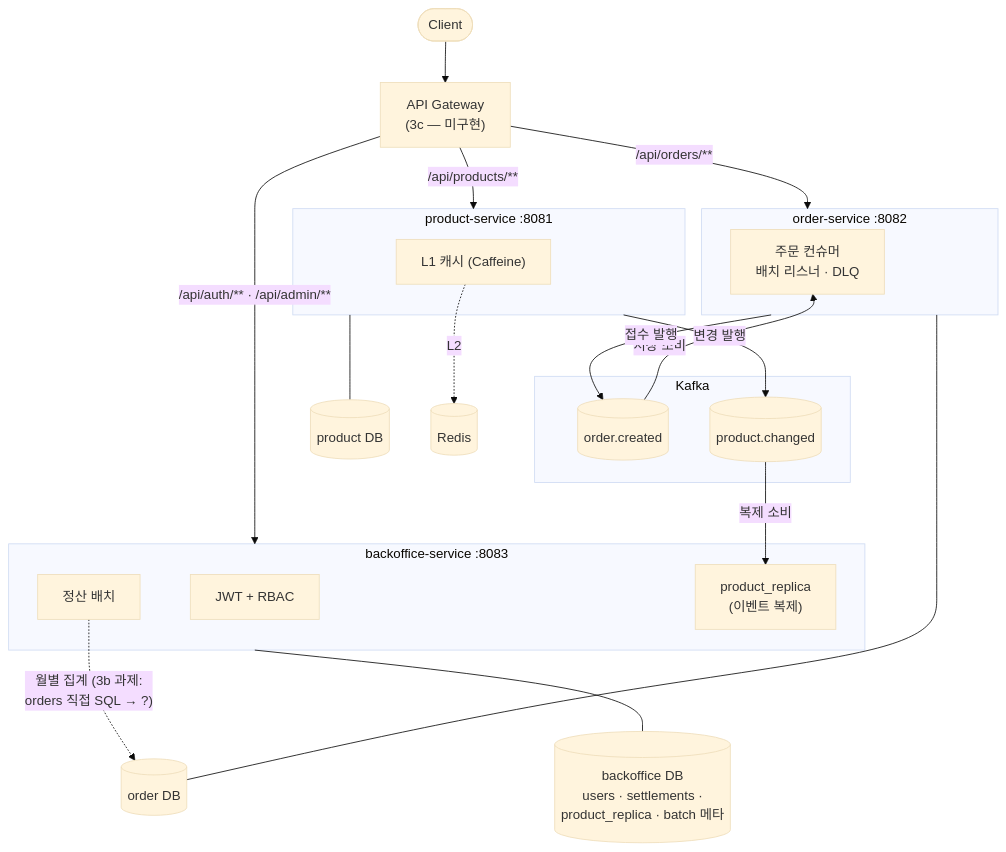
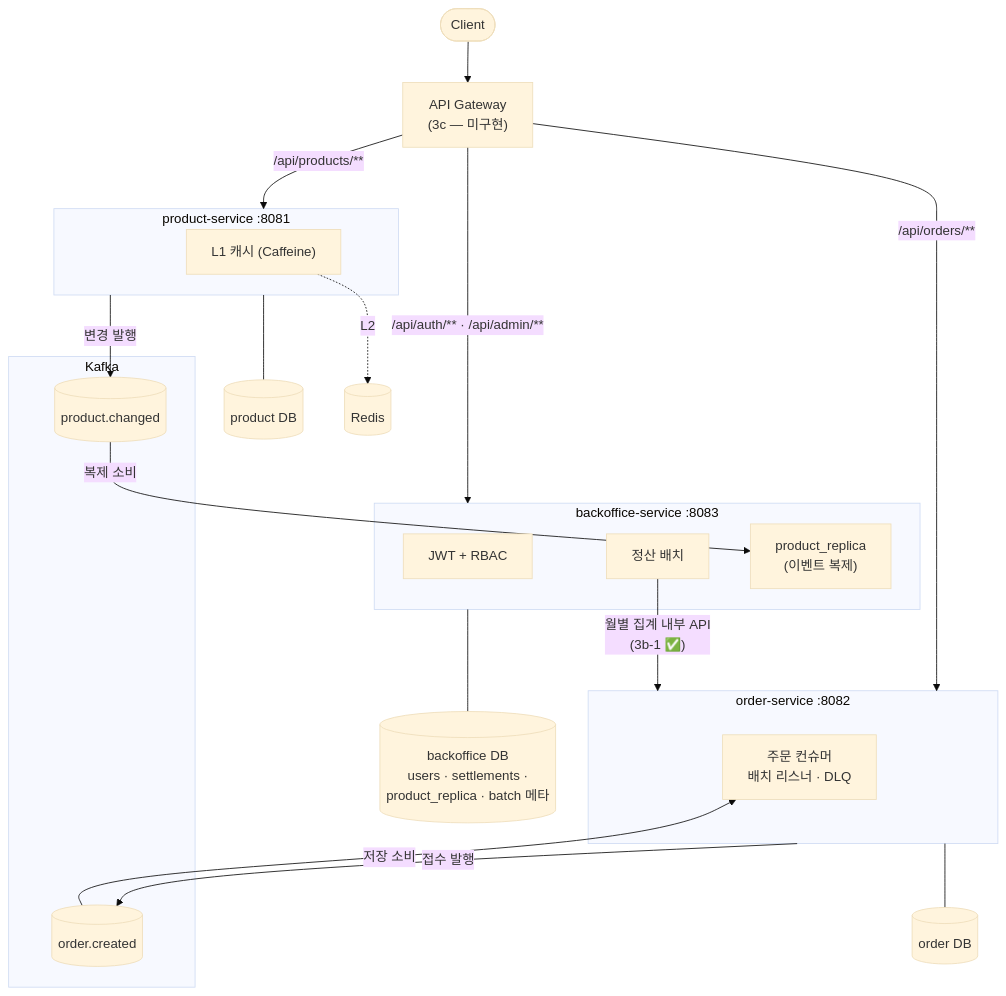
One commit to JYPark-Code/event-driven-commerce changed the diagram in docs/msa-architecture.md. Above: the diagram before and after it, drawn with Mermaid (base theme). The commit also changed other lines of this file and 10 other files, not shown here.

````diff
--- a/docs/msa-architecture.md
+++ b/docs/msa-architecture.md
@@ -18,38 +19,38 @@
 ```mermaid
 flowchart TB
     Client([Client]) --> GW["API Gateway<br/>(3c — 미구현)"]
 
     GW -- "/api/products/**" --> PS
     GW -- "/api/orders/**" --> OS
     GW -- "/api/auth/** · /api/admin/**" --> BS
 
     subgraph PS["product-service :8081"]
         PCACHE["L1 캐시 (Caffeine)"]
     end
     subgraph OS["order-service :8082"]
         OCONS["주문 컨슈머<br/>배치 리스너 · DLQ"]
     end
     subgraph BS["backoffice-service :8083"]
         RBAC["JWT + RBAC"]
         BATCH["정산 배치"]
         REPL["product_replica<br/>(이벤트 복제)"]
     end
 
     subgraph MQ["Kafka"]
         T1[("order.created")]
         T2[("product.changed")]
     end
 
     PS -- "변경 발행" --> T2
     T2 -- "복제 소비" --> REPL
     OS -- "접수 발행" --> T1
     T1 -- "저장 소비" --> OCONS
 
     PS --- PDB[("product DB")]
     OS --- ODB[("order DB")]
     BS --- BDB[("backoffice DB<br/>users · settlements ·<br/>product_replica · batch 메타")]
 
     PCACHE -. "L2" .-> REDIS[("Redis")]
 
-    BATCH -. "월별 집계 (3b 과제:<br/>orders 직접 SQL → ?)" .-> ODB
+    BATCH -- "월별 집계 내부 API<br/>(3b-1 ✅)" --> OS
 ```
````
